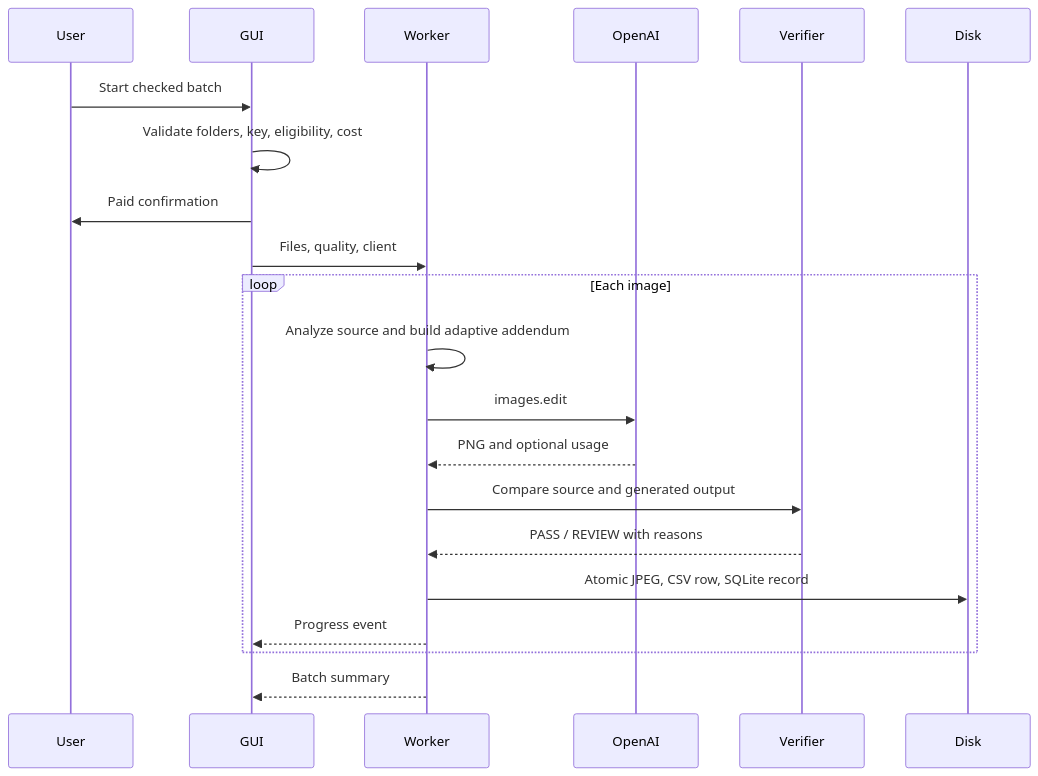
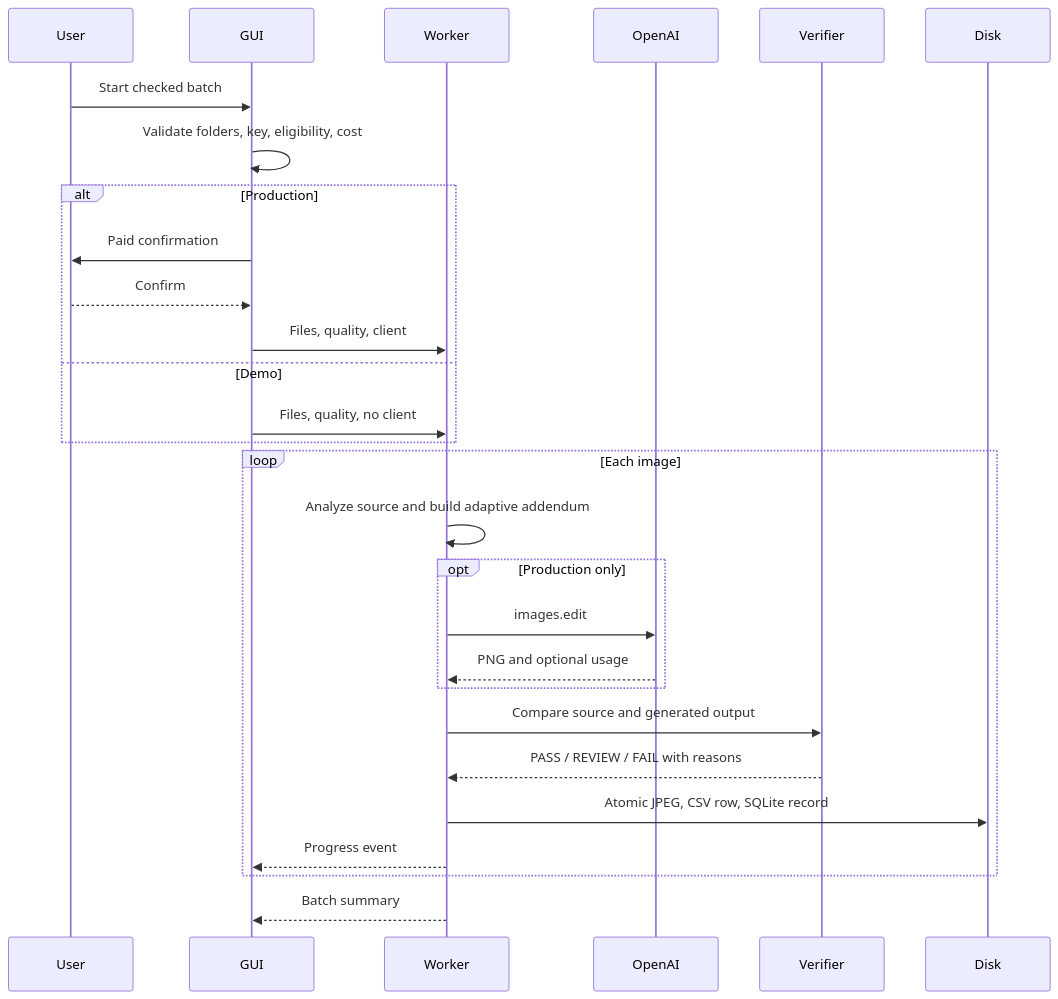
The second of 2 diagrams in docs/TECHNICAL_DESIGN.md (myestatepics/myestatepics-mls-ai-editor), drawn with Mermaid before and after one commit. The commit also changed other lines of this file and 15 other files, not shown here.

Commit message:
Refine engineering documentation after architecture review

````diff
--- a/docs/TECHNICAL_DESIGN.md
+++ b/docs/TECHNICAL_DESIGN.md
@@ -53,23 +53,30 @@
 ```mermaid
 sequenceDiagram
     participant U as User
     participant G as GUI
     participant W as Worker
     participant A as OpenAI
     participant V as Verifier
     participant D as Disk
     U->>G: Start checked batch
     G->>G: Validate folders, key, eligibility, cost
-    G->>U: Paid confirmation
-    G->>W: Files, quality, client
+    alt Production
+        G->>U: Paid confirmation
+        U-->>G: Confirm
+        G->>W: Files, quality, client
+    else Demo
+        G->>W: Files, quality, no client
+    end
     loop Each image
         W->>W: Analyze source and build adaptive addendum
-        W->>A: images.edit
-        A-->>W: PNG and optional usage
+        opt Production only
+            W->>A: images.edit
+            A-->>W: PNG and optional usage
+        end
         W->>V: Compare source and generated output
-        V-->>W: PASS / REVIEW with reasons
+        V-->>W: PASS / REVIEW / FAIL with reasons
         W->>D: Atomic JPEG, CSV row, SQLite record
         W-->>G: Progress event
     end
     W-->>G: Batch summary
 ```
````
